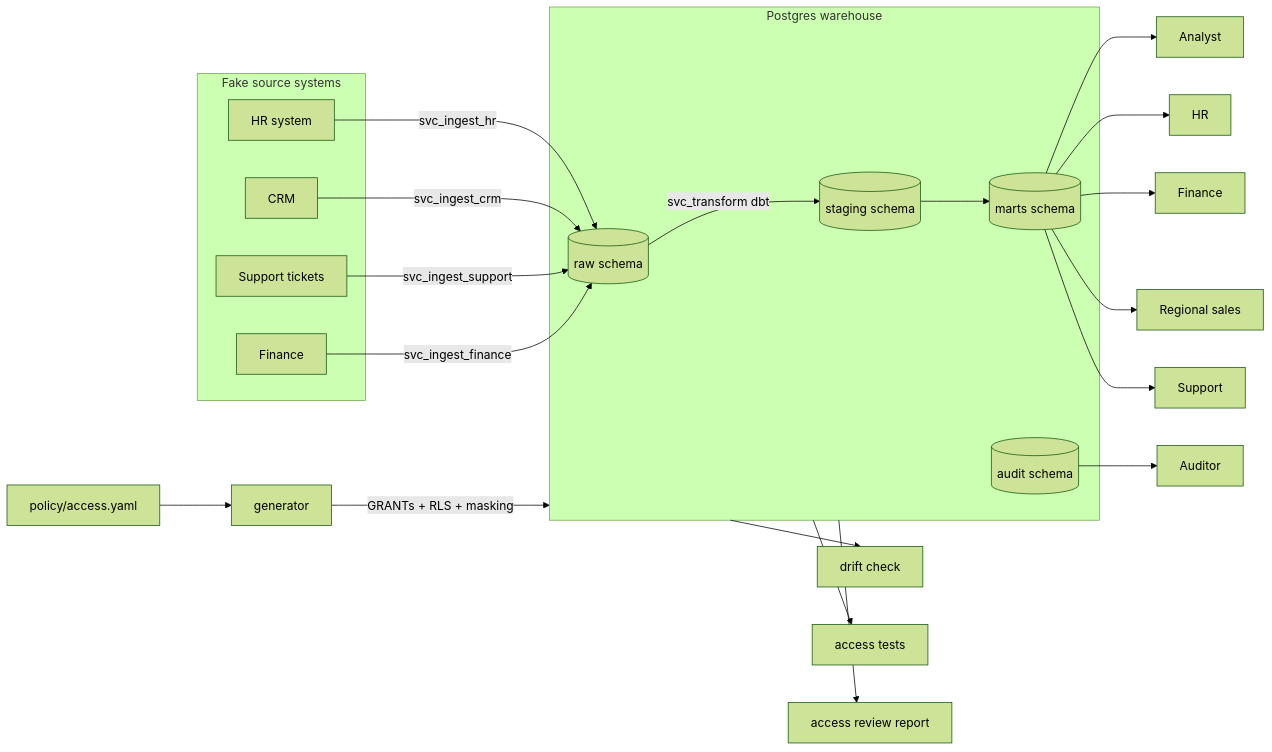
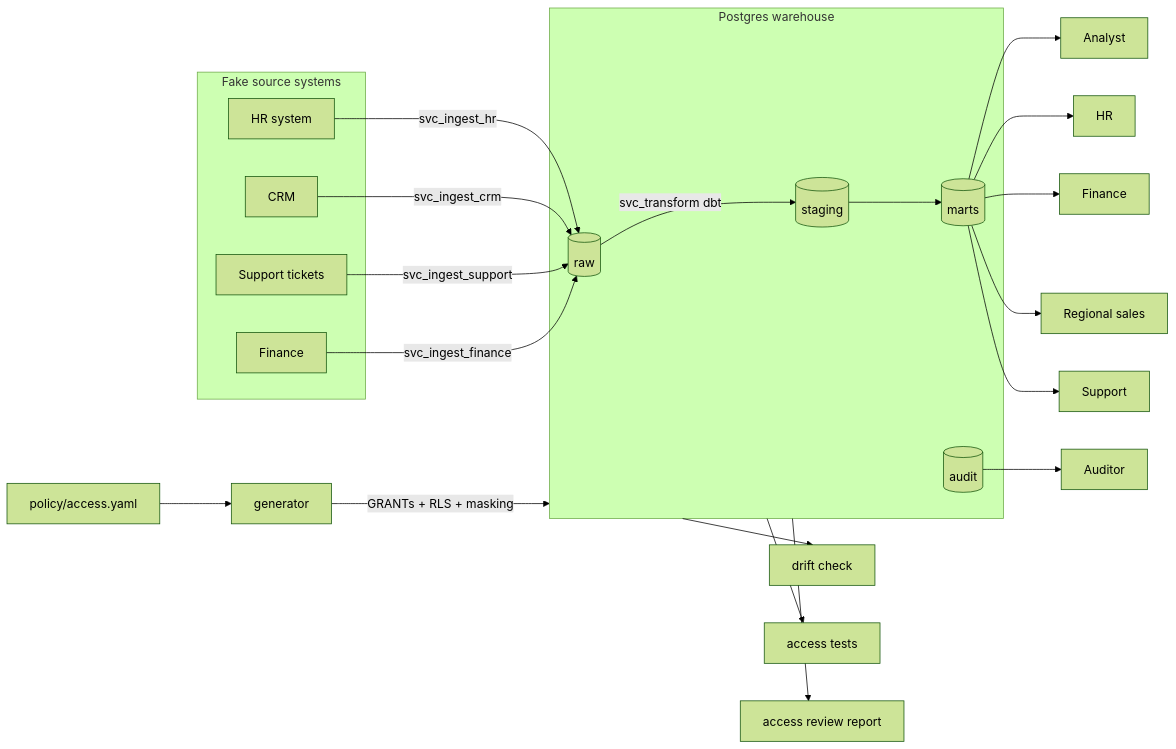
One commit to OctagonIntel/SystemArch changed the diagram in README.md. Above: the diagram before and after it, drawn with Mermaid (forest theme). The commit also changed other lines of this file and 50 other files, not shown here.

````diff
--- a/README.md
+++ b/README.md
@@ -9,27 +7,27 @@
 ```mermaid
 flowchart LR
   subgraph Sources[Fake source systems]
     HR[HR system]
     CRM[CRM]
     SUP[Support tickets]
     FIN[Finance]
   end
 
   subgraph WH[Postgres warehouse]
-    RAW[(raw schema)]
-    STG[(staging schema)]
-    MART[(marts schema)]
-    AUD[(audit schema)]
+    RAW[(raw)]
+    STG[(staging)]
+    MART[(marts)]
+    AUD[(audit)]
   end
 
   HR -->|svc_ingest_hr| RAW
   CRM -->|svc_ingest_crm| RAW
   SUP -->|svc_ingest_support| RAW
   FIN -->|svc_ingest_finance| RAW
   RAW -->|svc_transform dbt| STG --> MART
 
   POL[policy/access.yaml] --> GEN[generator] -->|GRANTs + RLS + masking| WH
   MART --> Analyst & HRrole[HR] & Finance & Sales[Regional sales] & Support
   AUD --> Auditor
   WH --> DRIFT[drift check] & TESTS[access tests] & REPORT[access review report]
 ```
````
